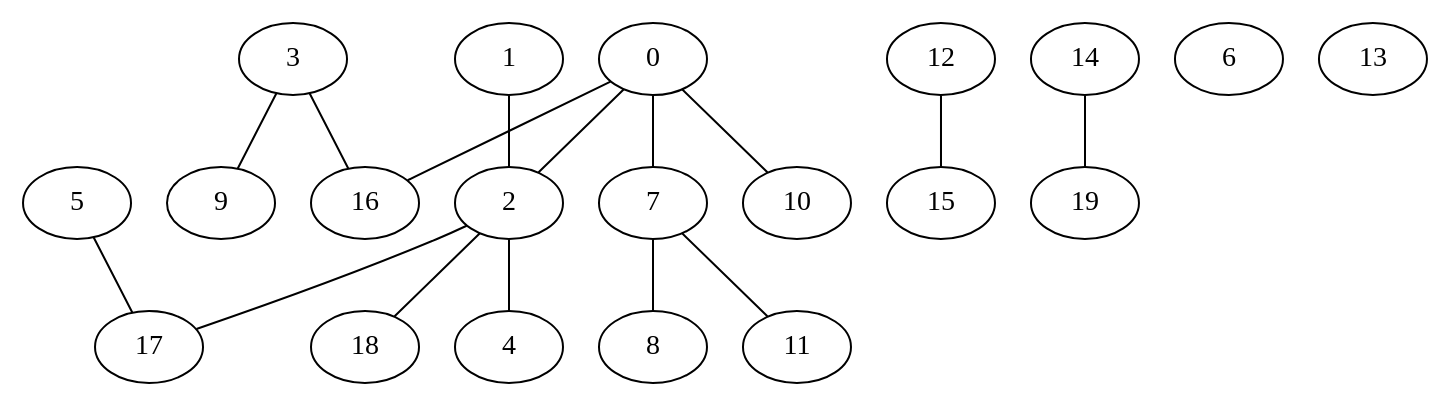
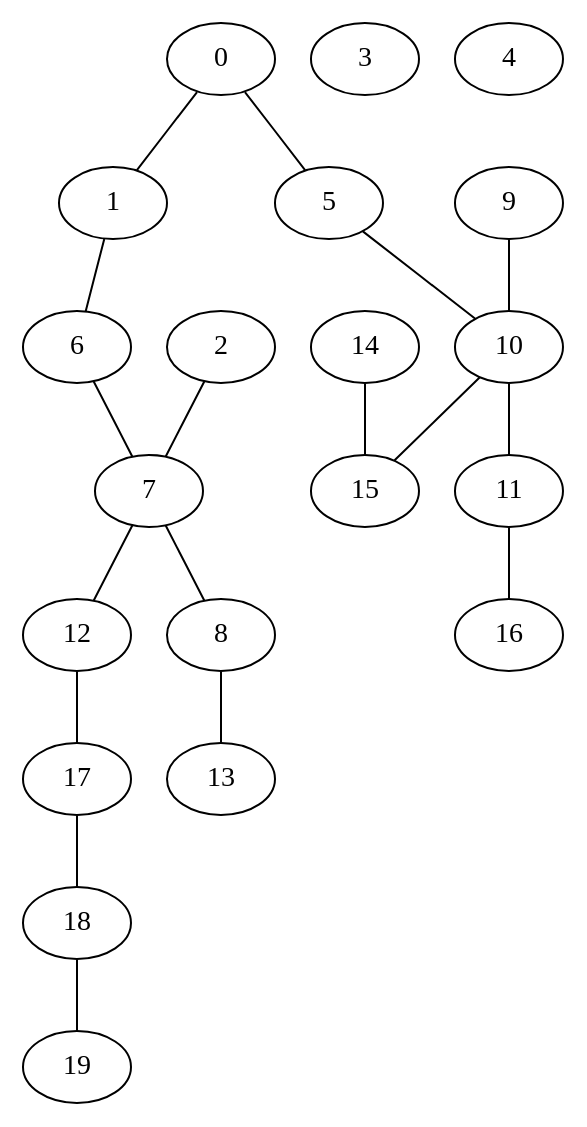
Before and after one commit to corentinckf/projetZ1: the diagram in partition/mathieu/graph.dot, drawn with Graphviz. The commit also changed 7 other files, not shown here.

```diff
--- a/partition/mathieu/graph.dot
+++ b/partition/mathieu/graph.dot
@@ -1,37 +1,39 @@
 graph { 
-	0--2
-	5--17
-	12--15
-	2--17
-	1--2
-	3--16
-	0--16
-	7--11
+	0--1
+	2--7
+	1--6
+	0--5
+	17--18
+	6--7
+	9--10
+	5--10
+	12--17
 	7--8
-	2--4
-	0--7
-	2--18
-	3--9
-	0--10
-	14--19
+	8--13
+	10--15
+	18--19
+	11--16
+	7--12
+	10--11
+	14--15
 	0
 	1
 	2
 	3
 	4
 	5
 	6
 	7
 	8
 	9
 	10
 	11
 	12
 	13
 	14
 	15
 	16
 	17
 	18
 	19
 } 
```
